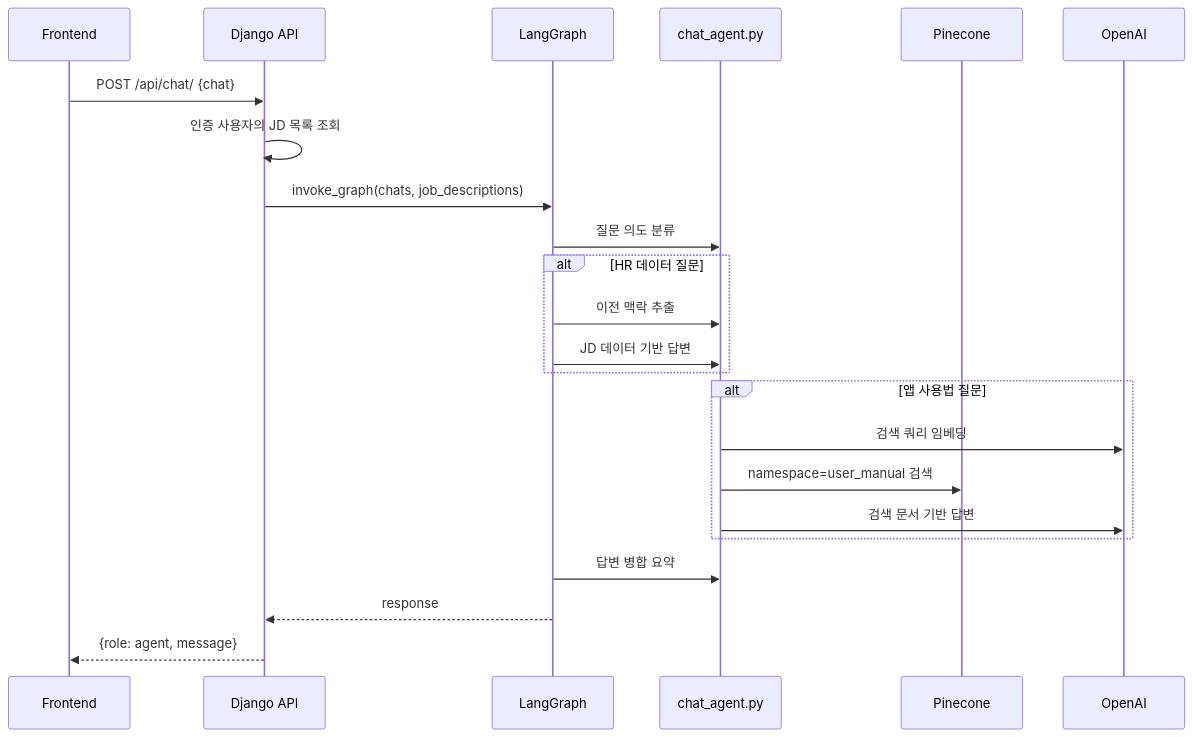
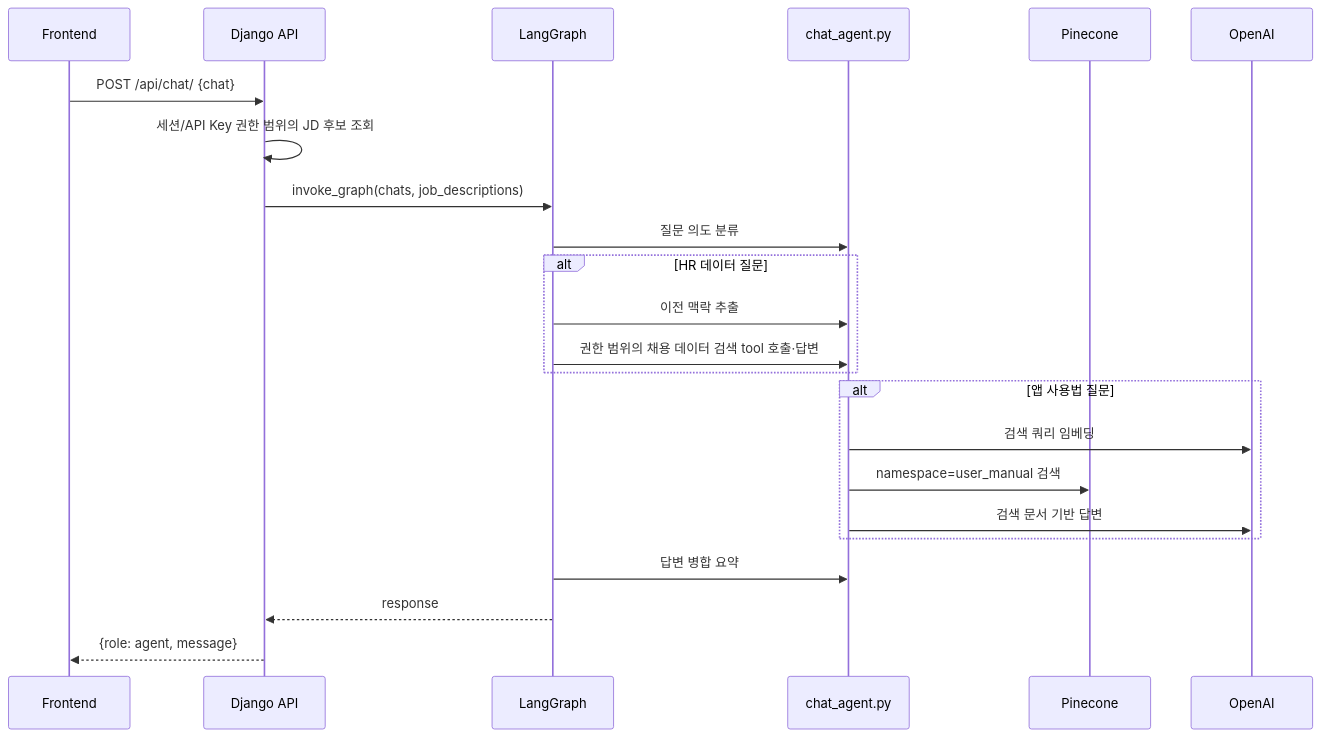
Before and after one commit to SKN26-Final-1st/Final_project: the third of 3 diagrams in docs/02-architecture/data-flow.md, drawn with Mermaid. The commit also changed other lines of this file and 2 other files, not shown here.

First line of the commit message:
docs(architecture): refresh system structure and flows

````diff
--- a/docs/02-architecture/data-flow.md
+++ b/docs/02-architecture/data-flow.md
@@ -88,26 +90,26 @@
 ```mermaid
 sequenceDiagram
   participant UI as Frontend
   participant API as Django API
   participant Graph as LangGraph
   participant Agents as chat_agent.py
   participant Pinecone as Pinecone
   participant LLM as OpenAI
 
   UI->>API: POST /api/chat/ {chat}
-  API->>API: 인증 사용자의 JD 목록 조회
+  API->>API: 세션/API Key 권한 범위의 JD 후보 조회
   API->>Graph: invoke_graph(chats, job_descriptions)
   Graph->>Agents: 질문 의도 분류
   alt HR 데이터 질문
     Graph->>Agents: 이전 맥락 추출
-    Graph->>Agents: JD 데이터 기반 답변
+    Graph->>Agents: 권한 범위의 채용 데이터 검색 tool 호출·답변
   end
   alt 앱 사용법 질문
     Agents->>LLM: 검색 쿼리 임베딩
     Agents->>Pinecone: namespace=user_manual 검색
     Agents->>LLM: 검색 문서 기반 답변
   end
   Graph->>Agents: 답변 병합 요약
   Graph-->>API: response
   API-->>UI: {role: agent, message}
 ```
````
